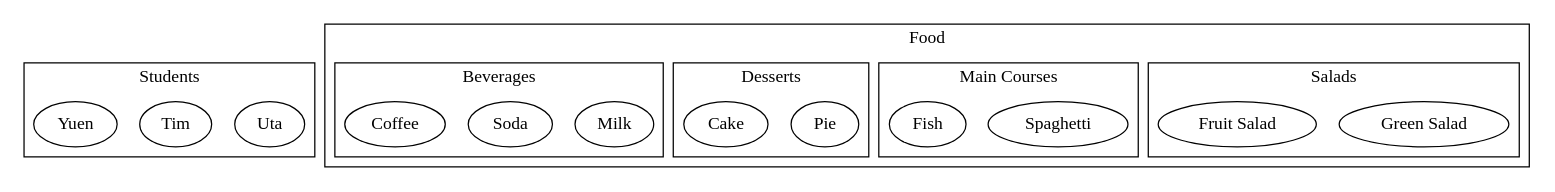
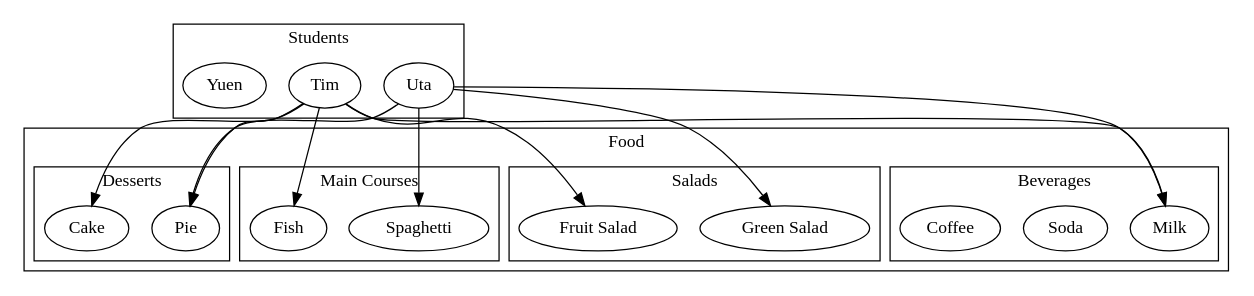
Before and after one commit to tnichols217/notes: the diagram in CSDS 302 - Discrete Math/HW/3.md, drawn with Graphviz.

Commit message:
vault backup: 2024-01-27 17:52:58

````diff
--- a/CSDS 302 - Discrete Math/HW/3.md
+++ b/CSDS 302 - Discrete Math/HW/3.md
@@ -141,41 +141,49 @@
 ```dot
 digraph {
 	subgraph {
 		label=Students
 		cluster=true
 		a [label=Uta]
 		b [label=Tim]
 		c [label=Yuen]
 	}
 	subgraph {
 		label=Food
 		cluster=true
 		subgraph {
 			label=Salads
 			cluster=true
 			A [label="Green Salad"]
 			B [label="Fruit Salad"]
 		}
 		subgraph {
 			label="Main Courses"
 			cluster=true
 			C [label="Spaghetti"]
 			D [label="Fish"]
 		}
 		subgraph {
 			label="Desserts"
 			cluster=true
 			E [label="Pie"]
 			F [label="Cake"]
 		}
 		subgraph {
 			label="Beverages"
 			cluster=true
 			G [label="Milk"]
 			H [label="Soda"]
 			I [label="Coffee"]
 		}
 	}
-	
+	a->A
+	a->C
+	a->E
+	a->G
+	b->B
+	b->D
+	b->E
+	b->F
+	b->G
 }
 ```
````
